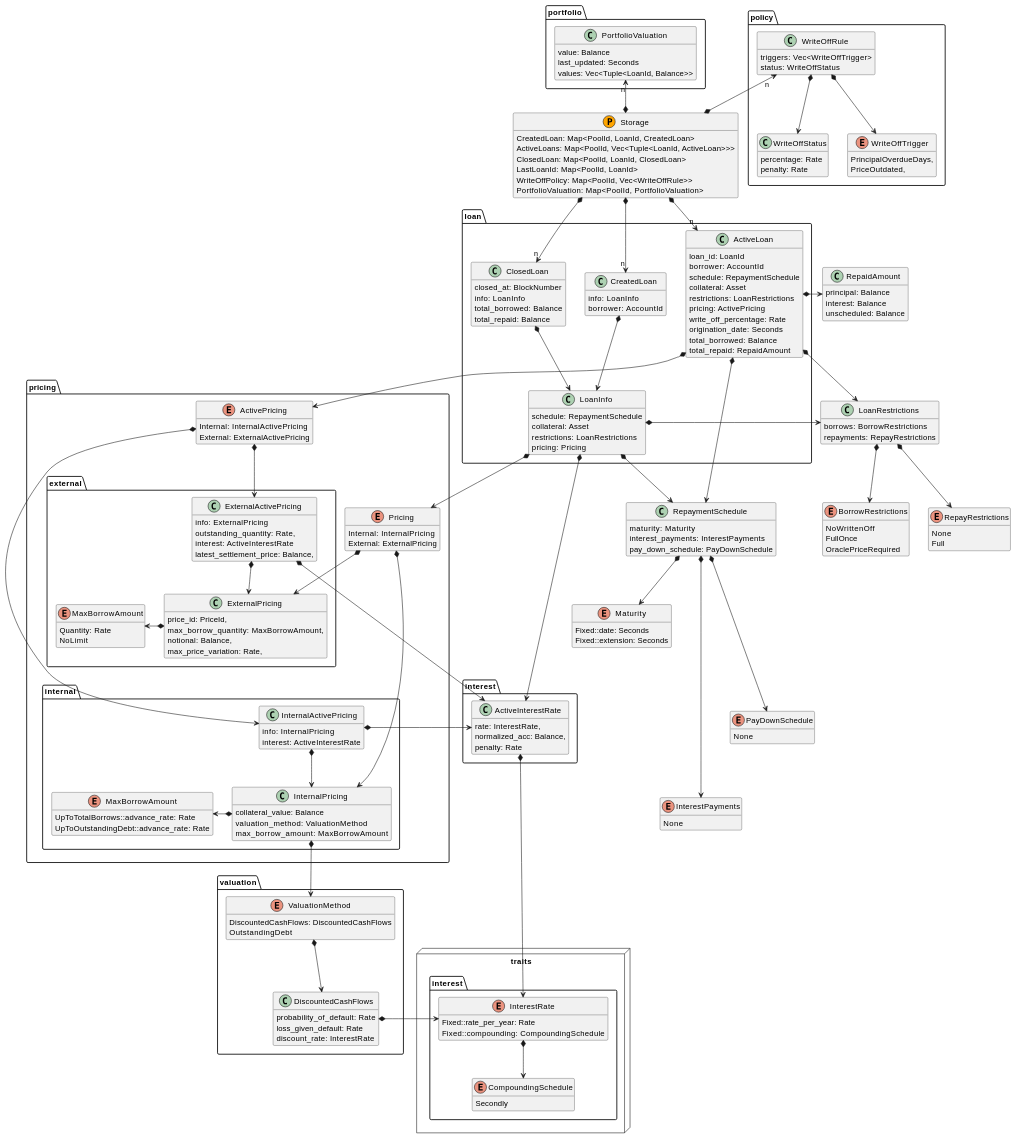
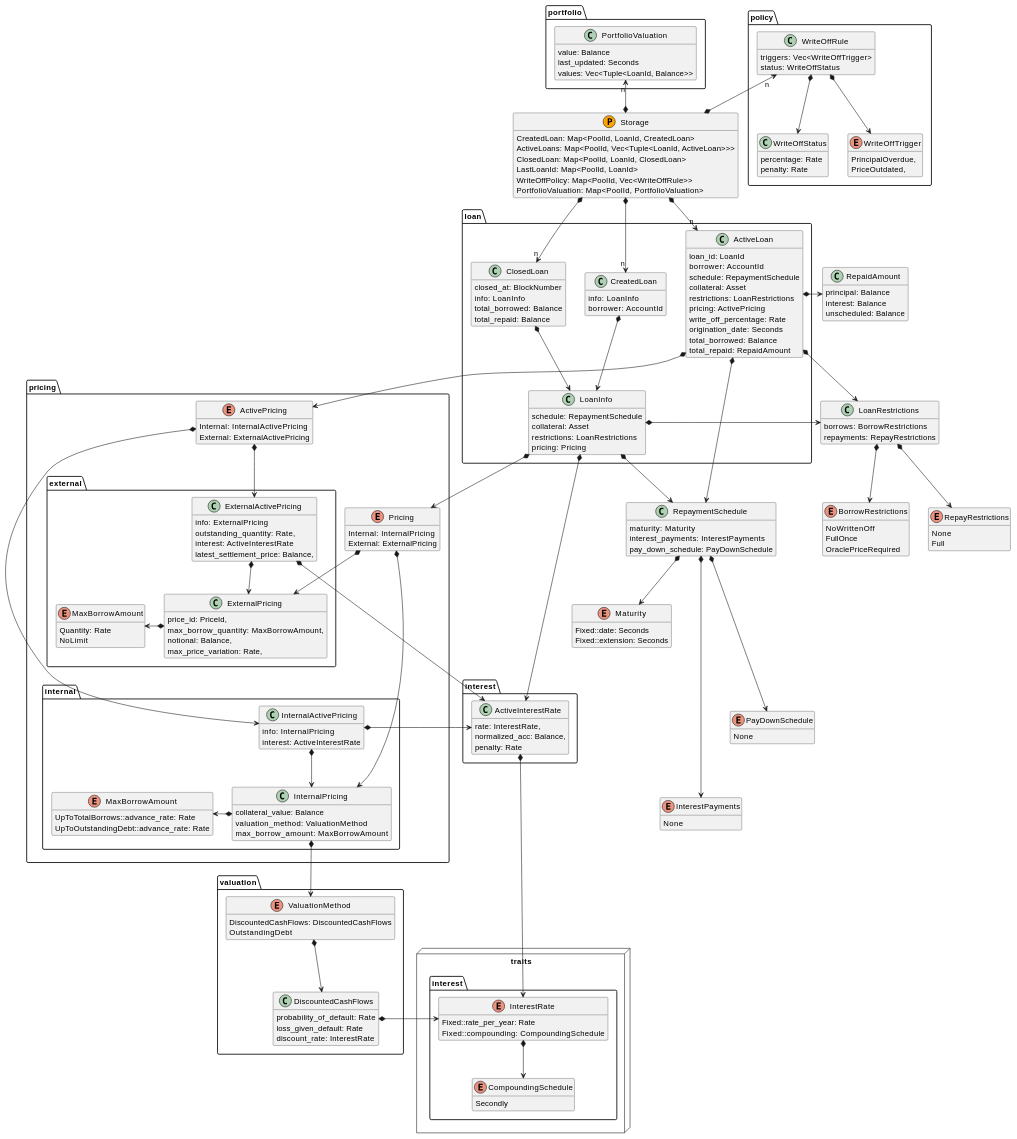
One commit to centrifuge/centrifuge-chain changed the diagram in pallets/loans/docs/types.md. Above: the diagram before and after it, drawn with PlantUML. The commit also changed 6 other files, not shown here.

```diff
--- a/pallets/loans/docs/types.md
+++ b/pallets/loans/docs/types.md
@@ -99,7 +99,7 @@
     }
 
     enum WriteOffTrigger {
-        PrincipalOverdueDays,
+        PrincipalOverdue,
         PriceOutdated,
     }
 
```
